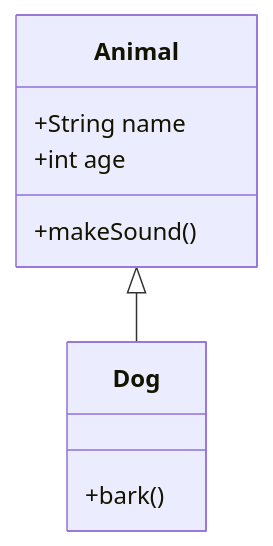
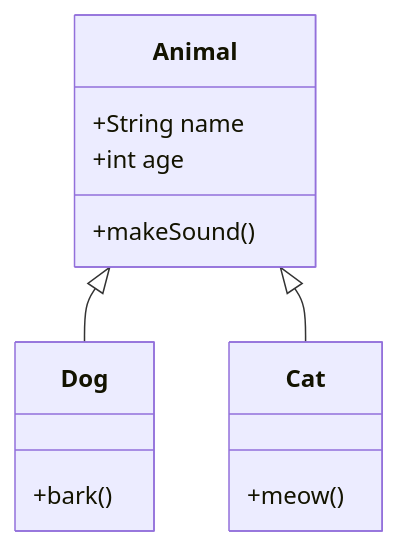
One commit to onshinpei/ds-markdown-mermaid-plugin changed the fourth of 6 diagrams in README.md. Above: the diagram before and after it, drawn with Mermaid. The commit also changed other lines of this file, not shown here.

````diff
--- a/README.md
+++ b/README.md
@@ -266,12 +143,16 @@
 ```mermaid
 classDiagram
-  class Animal {
-    +String name
-    +int age
-    +makeSound()
-  }
-  class Dog {
-    +bark()
-  }
-  Animal <|-- Dog
+    class Animal {
+        +String name
+        +int age
+        +makeSound()
+    }
+    class Dog {
+        +bark()
+    }
+    class Cat {
+        +meow()
+    }
+    Animal <|-- Dog
+    Animal <|-- Cat
 ```
````
